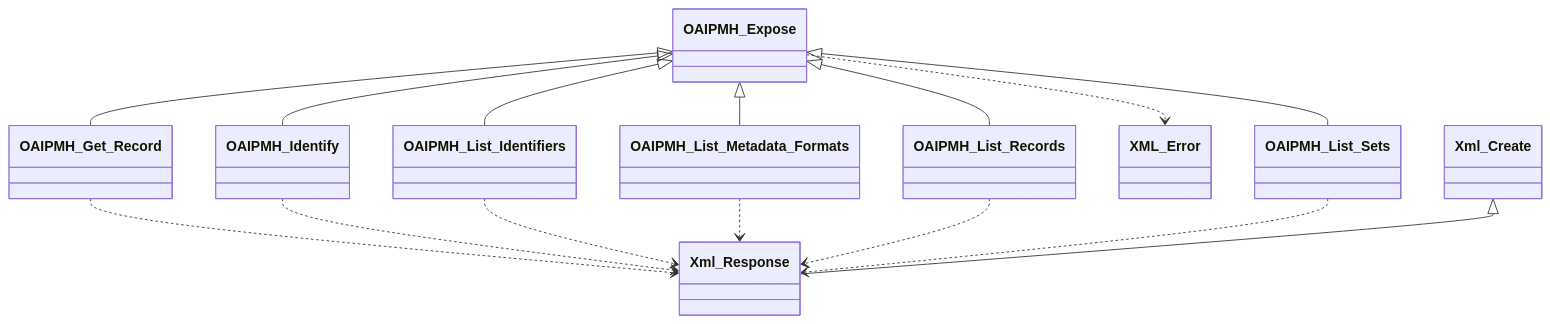
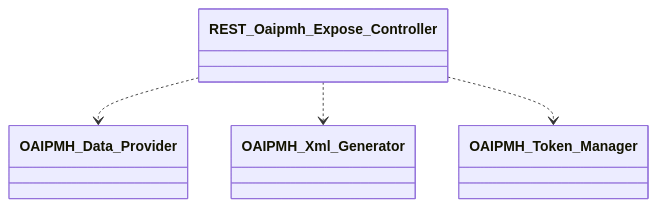
The tenth of 12 diagrams in dev/phpdoc/Home.md (tainacan/tainacan-wiki), drawn with Mermaid before and after one commit. The commit also changed other lines of this file and 23 other files, not shown here.

````diff
--- a/dev/phpdoc/Home.md
+++ b/dev/phpdoc/Home.md
@@ -644,28 +644,11 @@
 ```mermaid
 classDiagram
     direction TB
-    class OAIPMH_Get_Record { }
-    class OAIPMH_List_Identifiers { }
-    class OAIPMH_List_Sets { }
-    class OAIPMH_Expose { }
-    class OAIPMH_List_Metadata_Formats { }
-    class OAIPMH_Identify { }
-    class XML_Error { }
-    class Xml_Response { }
-    class OAIPMH_List_Records { }
-    class Xml_Create { }
-    OAIPMH_Expose ..> XML_Error
-    OAIPMH_Expose <|-- OAIPMH_Get_Record
-    OAIPMH_Expose <|-- OAIPMH_Identify
-    OAIPMH_Expose <|-- OAIPMH_List_Identifiers
-    OAIPMH_Expose <|-- OAIPMH_List_Metadata_Formats
-    OAIPMH_Expose <|-- OAIPMH_List_Records
-    OAIPMH_Expose <|-- OAIPMH_List_Sets
-    OAIPMH_Get_Record ..> Xml_Response
-    OAIPMH_Identify ..> Xml_Response
-    OAIPMH_List_Identifiers ..> Xml_Response
-    OAIPMH_List_Metadata_Formats ..> Xml_Response
-    OAIPMH_List_Records ..> Xml_Response
-    OAIPMH_List_Sets ..> Xml_Response
-    Xml_Create <|-- Xml_Response
+    class OAIPMH_Data_Provider { }
+    class OAIPMH_Xml_Generator { }
+    class OAIPMH_Token_Manager { }
+    class REST_Oaipmh_Expose_Controller { }
+    REST_Oaipmh_Expose_Controller ..> OAIPMH_Data_Provider
+    REST_Oaipmh_Expose_Controller ..> OAIPMH_Xml_Generator
+    REST_Oaipmh_Expose_Controller ..> OAIPMH_Token_Manager
 ```
````
